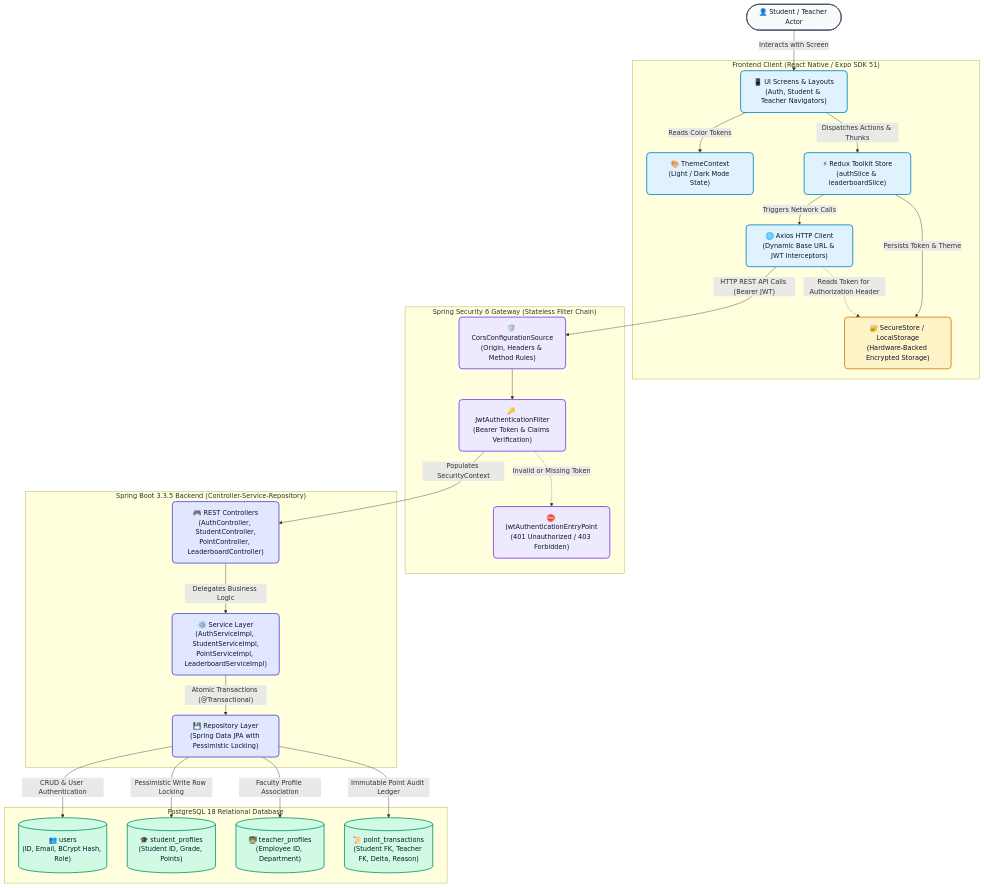
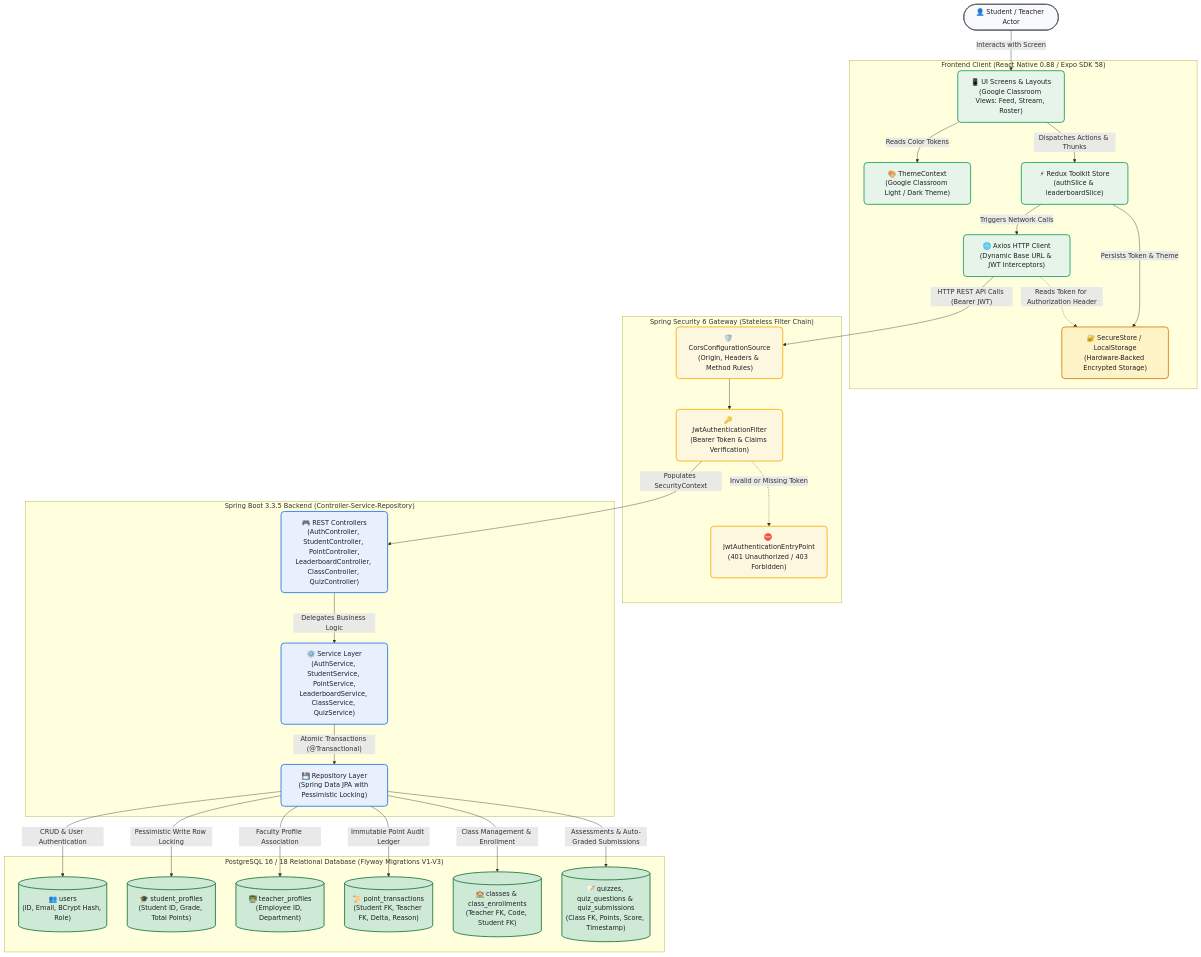
One commit to Aryan22N/Student-Management-System changed the diagram in docs/diagrams/1_system_architecture.mmd. Above: the diagram before and after it, drawn with Mermaid. The commit also changed 11 other files, not shown here.

Commit message:
docs: add system architecture, workflows, and navigation linking implementation

```diff
--- a/docs/diagrams/1_system_architecture.mmd
+++ b/docs/diagrams/1_system_architecture.mmd
@@ -1,56 +1,60 @@
 flowchart TD
-    classDef clientStyle fill:#e0f2fe,stroke:#0284c7,stroke-width:2px,color:#0f172a,rx:8,ry:8
-    classDef securityStyle fill:#ede9fe,stroke:#7c3aed,stroke-width:2px,color:#0f172a,rx:8,ry:8
-    classDef backendStyle fill:#e0e7ff,stroke:#4f46e5,stroke-width:2px,color:#0f172a,rx:8,ry:8
-    classDef dbStyle fill:#d1fae5,stroke:#059669,stroke-width:2px,color:#0f172a,rx:8,ry:8
-    classDef actorStyle fill:#f8fafc,stroke:#475569,stroke-width:2px,color:#0f172a,rx:20,ry:20
-    classDef storageStyle fill:#fef3c7,stroke:#d97706,stroke-width:2px,color:#0f172a,rx:8,ry:8
+    classDef clientStyle fill:#e6f4ea,stroke:#0f9d58,stroke-width:2px,color:#202124,rx:8,ry:8
+    classDef securityStyle fill:#fef7e0,stroke:#f9ab00,stroke-width:2px,color:#202124,rx:8,ry:8
+    classDef backendStyle fill:#e8f0fe,stroke:#1a73e8,stroke-width:2px,color:#202124,rx:8,ry:8
+    classDef dbStyle fill:#ceead6,stroke:#137333,stroke-width:2px,color:#202124,rx:8,ry:8
+    classDef actorStyle fill:#f8f9fa,stroke:#5f6368,stroke-width:2px,color:#202124,rx:20,ry:20
+    classDef storageStyle fill:#fef3c7,stroke:#d97706,stroke-width:2px,color:#202124,rx:8,ry:8
 
     User(["👤 Student / Teacher Actor"]):::actorStyle
 
-    subgraph Frontend["Frontend Client (React Native / Expo SDK 51)"]
-        UI["📱 UI Screens & Layouts<br/>(Auth, Student & Teacher Navigators)"]:::clientStyle
-        Theme["🎨 ThemeContext<br/>(Light / Dark Mode State)"]:::clientStyle
+    subgraph Frontend["Frontend Client (React Native 0.88 / Expo SDK 58)"]
+        UI["📱 UI Screens & Layouts<br/>(Google Classroom Views: Feed, Stream, Roster)"]:::clientStyle
+        Theme["🎨 ThemeContext<br/>(Google Classroom Light / Dark Theme)"]:::clientStyle
         Redux["⚡ Redux Toolkit Store<br/>(authSlice & leaderboardSlice)"]:::clientStyle
         Storage["🔐 SecureStore / LocalStorage<br/>(Hardware-Backed Encrypted Storage)"]:::storageStyle
         Axios["🌐 Axios HTTP Client<br/>(Dynamic Base URL & JWT Interceptors)"]:::clientStyle
     end
 
     subgraph Security["Spring Security 6 Gateway (Stateless Filter Chain)"]
         CORS["🛡️ CorsConfigurationSource<br/>(Origin, Headers & Method Rules)"]:::securityStyle
         JWTFilter["🔑 JwtAuthenticationFilter<br/>(Bearer Token & Claims Verification)"]:::securityStyle
         EntryPoint["⛔ JwtAuthenticationEntryPoint<br/>(401 Unauthorized / 403 Forbidden)"]:::securityStyle
     end
 
     subgraph Backend["Spring Boot 3.3.5 Backend (Controller-Service-Repository)"]
-        Controllers["🎮 REST Controllers<br/>(AuthController, StudentController,<br/>PointController, LeaderboardController)"]:::backendStyle
-        Services["⚙️ Service Layer<br/>(AuthServiceImpl, StudentServiceImpl,<br/>PointServiceImpl, LeaderboardServiceImpl)"]:::backendStyle
+        Controllers["🎮 REST Controllers<br/>(AuthController, StudentController, PointController,<br/>LeaderboardController, ClassController, QuizController)"]:::backendStyle
+        Services["⚙️ Service Layer<br/>(AuthService, StudentService, PointService,<br/>LeaderboardService, ClassService, QuizService)"]:::backendStyle
         Repos["💾 Repository Layer<br/>(Spring Data JPA with Pessimistic Locking)"]:::backendStyle
     end
 
-    subgraph Database["PostgreSQL 18 Relational Database"]
+    subgraph Database["PostgreSQL 16 / 18 Relational Database (Flyway Migrations V1-V3)"]
         Users[("👥 users<br/>(ID, Email, BCrypt Hash, Role)")]:::dbStyle
-        Students[("🎓 student_profiles<br/>(Student ID, Grade, Points)")]:::dbStyle
+        Students[("🎓 student_profiles<br/>(Student ID, Grade, Total Points)")]:::dbStyle
         Teachers[("👨‍🏫 teacher_profiles<br/>(Employee ID, Department)")]:::dbStyle
         Points[("📜 point_transactions<br/>(Student FK, Teacher FK, Delta, Reason)")]:::dbStyle
+        Classes[("🏫 classes & class_enrollments<br/>(Teacher FK, Code, Student FK)")]:::dbStyle
+        Quizzes[("📝 quizzes, quiz_questions & quiz_submissions<br/>(Class FK, Points, Score, Timestamp)")]:::dbStyle
     end
 
     User -->|"Interacts with Screen"| UI
     UI -->|"Reads Color Tokens"| Theme
     UI -->|"Dispatches Actions & Thunks"| Redux
     Redux -->|"Persists Token & Theme"| Storage
     Redux -->|"Triggers Network Calls"| Axios
     Axios -.->|"Reads Token for Authorization Header"| Storage
     Axios -->|"HTTP REST API Calls (Bearer JWT)"| CORS
     
     CORS --> JWTFilter
     JWTFilter -.->|"Invalid or Missing Token"| EntryPoint
     JWTFilter -->|"Populates SecurityContext"| Controllers
     
     Controllers -->|"Delegates Business Logic"| Services
     Services -->|"Atomic Transactions (@Transactional)"| Repos
     
     Repos -->|"CRUD & User Authentication"| Users
     Repos -->|"Pessimistic Write Row Locking"| Students
     Repos -->|"Faculty Profile Association"| Teachers
     Repos -->|"Immutable Point Audit Ledger"| Points
+    Repos -->|"Class Management & Enrollment"| Classes
+    Repos -->|"Assessments & Auto-Graded Submissions"| Quizzes
```
